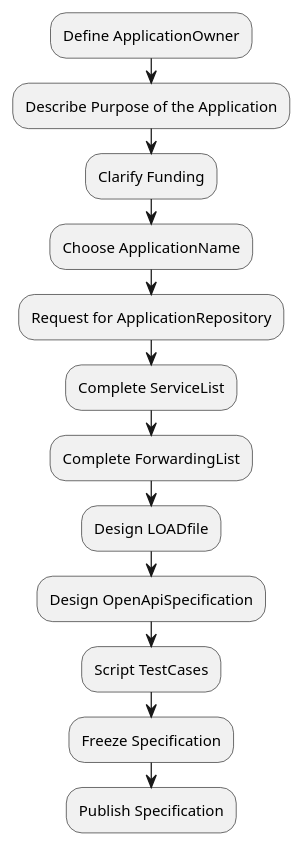
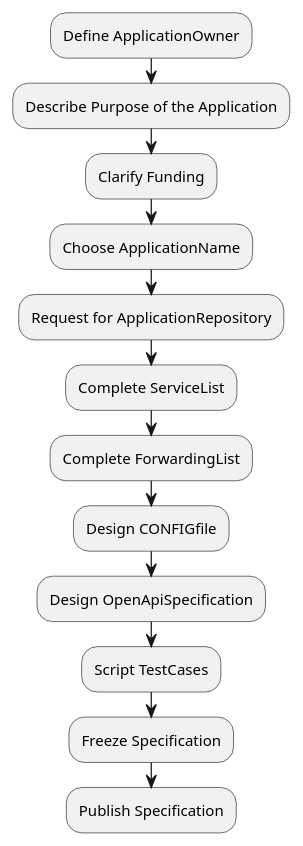
The diagram in doc/SpecifyingApplications/pictures/workflow.plantuml (openBackhaul/ApplicationPattern), drawn with PlantUML before and after one commit. The commit also changed 6 other files, not shown here.

```diff
--- a/doc/SpecifyingApplications/pictures/workflow.plantuml
+++ b/doc/SpecifyingApplications/pictures/workflow.plantuml
@@ -1,14 +1,14 @@
 @startuml Workflow for Specifying Applications
 :Define ApplicationOwner;
 :Describe Purpose of the Application;
 :Clarify Funding;
 :Choose ApplicationName;
 :Request for ApplicationRepository;
 :Complete ServiceList;
 :Complete ForwardingList;
-:Design LOADfile;
+:Design CONFIGfile;
 :Design OpenApiSpecification;
 :Script TestCases;
 :Freeze Specification;
 :Publish Specification;
 @enduml
```
